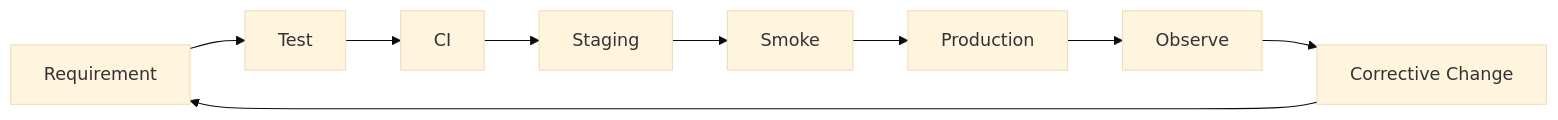
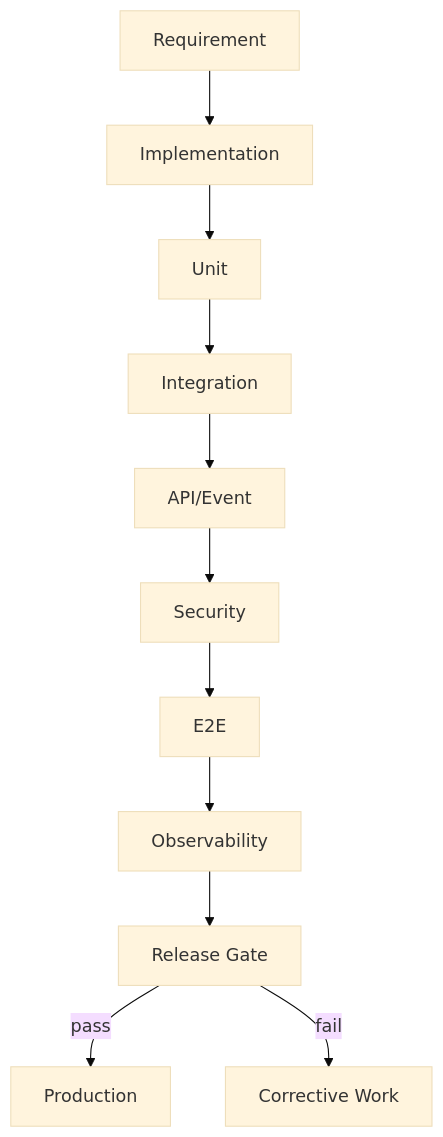
One commit to D-engahmed/OMILINKS changed the diagram in docs/requirements/acceptance-criteria.md. Above: the diagram before and after it, drawn with Mermaid (base theme). The commit also changed other lines of this file and 2 other files, not shown here.

````diff
--- a/docs/requirements/acceptance-criteria.md
+++ b/docs/requirements/acceptance-criteria.md
@@ -45,11 +128,13 @@
-```mermaid
-flowchart LR
-REQ[Requirement] --> TEST[Test]
-TEST --> CI[CI]
-CI --> STAGE[Staging]
-STAGE --> SMOKE[Smoke]
-SMOKE --> PROD[Production]
-PROD --> MON[Observe]
-MON --> CHANGE[Corrective Change]
-CHANGE --> REQ
-```
+~~~mermaid
+flowchart TD
+REQ[Requirement] --> IMPL[Implementation]
+IMPL --> UNIT[Unit]
+UNIT --> INT[Integration]
+INT --> CONTRACT[API/Event]
+CONTRACT --> SECURITY[Security]
+SECURITY --> E2E[E2E]
+E2E --> OBS[Observability]
+OBS --> RELEASE[Release Gate]
+RELEASE -->|pass| PROD[Production]
+RELEASE -->|fail| FIX[Corrective Work]
+~~~
````
